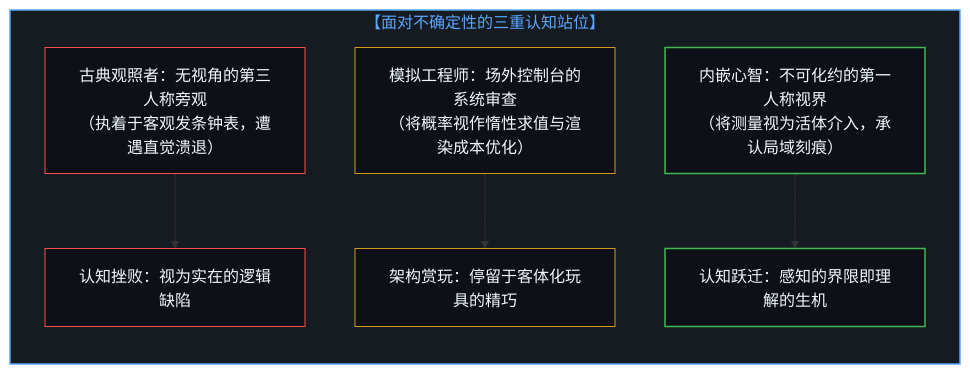
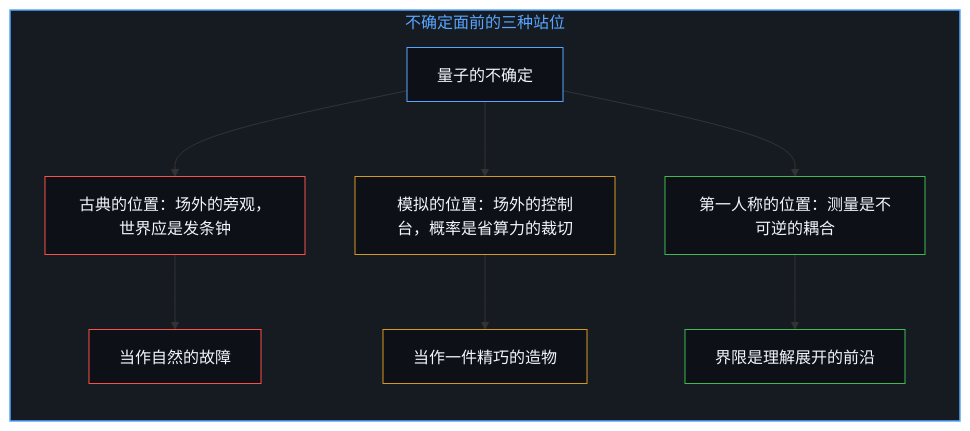
Before and after one commit to powerpig99/not-a-toe: the first of 8 diagrams in content/posts/the-boundary-of-perception-and-the-infinity-of-understanding.md, drawn with Mermaid. The commit also changed other lines of this file and 2 other files, not shown here.

Commit message:
Refine the-boundary-of-perception-and-the-infinity-of-understanding: every paragraph in both languages, four paired diagrams, the boundary as the trace of pointing, implicit first person

````diff
--- a/content/posts/the-boundary-of-perception-and-the-infinity-of-understanding.md
+++ b/content/posts/the-boundary-of-perception-and-the-infinity-of-understanding.md
@@ -15,17 +17,28 @@
 ```mermaid
-graph TD
-    subgraph S_ThreeStances ["【面对不确定性的三重认知站位】"]
+flowchart TD
+    subgraph S_Stances["不确定面前的三种站位"]
         direction TB
-        A1["古典观照者：无视角的第三人称旁观<br/>（执着于客观发条钟表，遭遇直觉溃退）"] --> A2["认知挫败：视为实在的逻辑缺陷"]
-        B1["模拟工程师：场外控制台的系统审查<br/>（将概率视作惰性求值与渲染成本优化）"] --> B2["架构赏玩：停留于客体化玩具的精巧"]
-        C1["内嵌心智：不可化约的第一人称视界<br/>（将测量视为活体介入，承认局域刻痕）"] --> C2["认知跃迁：感知的界限即理解的生机"]
+        Indet["量子的不确定"]
+        Classic["古典的位置：场外的旁观，世界应是发条钟"]
+        Fault["当作自然的故障"]
+        Sim["模拟的位置：场外的控制台，概率是省算力的裁切"]
+        Toy["当作一件精巧的造物"]
+        Emb["第一人称的位置：测量是不可逆的耦合"]
+        Edge["界限是理解展开的前沿"]
+        Indet --> Classic
+        Classic --> Fault
+        Indet --> Sim
+        Sim --> Toy
+        Indet --> Emb
+        Emb --> Edge
     end
 
-    style S_ThreeStances fill:#161b22,stroke:#58a6ff,stroke-width:1.5px,color:#58a6ff
-    style A1 fill:#0d1117,stroke:#f85149,stroke-width:1px,color:#f0f6fc
-    style A2 fill:#0d1117,stroke:#f85149,stroke-width:1px,color:#f0f6fc
-    style B1 fill:#0d1117,stroke:#d29922,stroke-width:1px,color:#f0f6fc
-    style B2 fill:#0d1117,stroke:#d29922,stroke-width:1px,color:#f0f6fc
-    style C1 fill:#0d1117,stroke:#3fb950,stroke-width:1.5px,color:#f0f6fc
-    style C2 fill:#0d1117,stroke:#3fb950,stroke-width:1.5px,color:#f0f6fc
+    style S_Stances fill:#161b22,stroke:#58a6ff,stroke-width:1.5px,color:#58a6ff
+    style Indet fill:#0d1117,stroke:#58a6ff,stroke-width:1px,color:#f0f6fc
+    style Classic fill:#0d1117,stroke:#f85149,stroke-width:1px,color:#f0f6fc
+    style Fault fill:#0d1117,stroke:#f85149,stroke-width:1px,color:#f0f6fc
+    style Sim fill:#0d1117,stroke:#d29922,stroke-width:1px,color:#f0f6fc
+    style Toy fill:#0d1117,stroke:#d29922,stroke-width:1px,color:#f0f6fc
+    style Emb fill:#0d1117,stroke:#3fb950,stroke-width:1px,color:#f0f6fc
+    style Edge fill:#0d1117,stroke:#3fb950,stroke-width:1px,color:#f0f6fc
 ```
````
